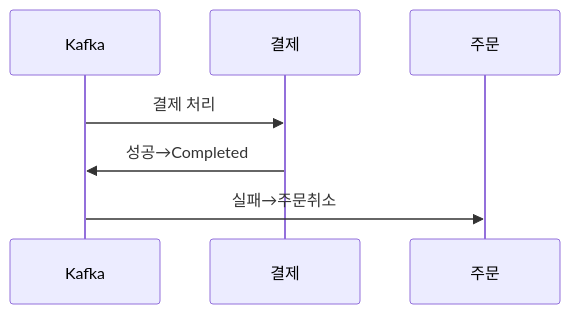
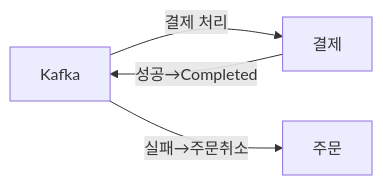
The sixth of 14 diagrams in _posts/architecture/2026-05-02-distributed-transaction-deep.md (yjkim2015/yjkim2015.github.io), drawn with Mermaid before and after one commit. The commit also changed other lines of this file and 84 other files, not shown here.

First line of the commit message:
85개 포스트 Mermaid 다이어그램 규칙 일괄 수정

````diff
--- a/_posts/architecture/2026-05-02-distributed-transaction-deep.md
+++ b/_posts/architecture/2026-05-02-distributed-transaction-deep.md
@@ -102,6 +105,6 @@
 ```mermaid
-sequenceDiagram
-    Kafka->>결제: 결제 처리
-    결제->>Kafka: 성공→Completed
-    Kafka->>주문: 실패→주문취소
+graph LR
+    KF["Kafka"] -->|"결제 처리"| PY["결제"]
+    PY -->|"성공→Completed"| KF
+    KF -->|"실패→주문취소"| OR["주문"]
 ```
````
